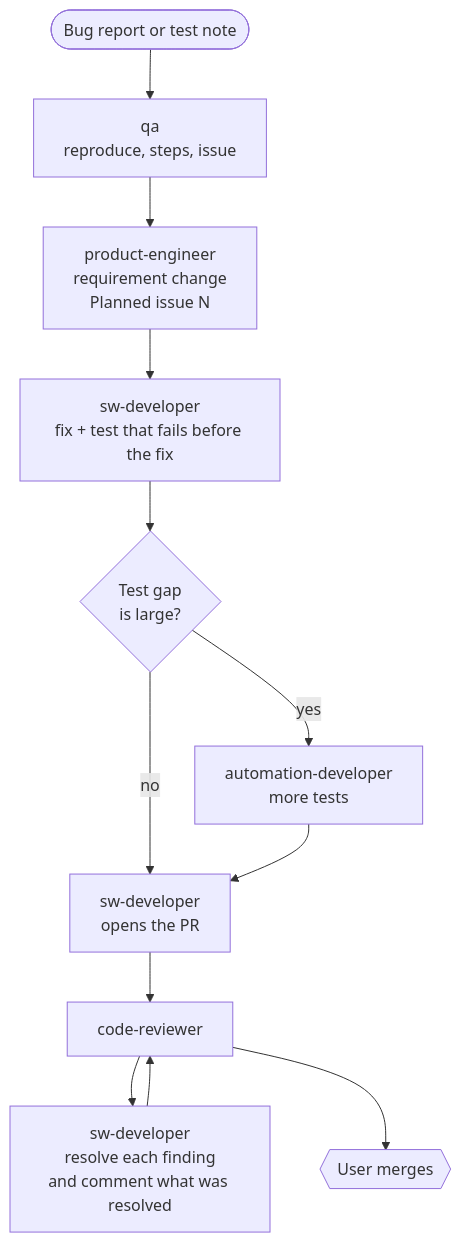
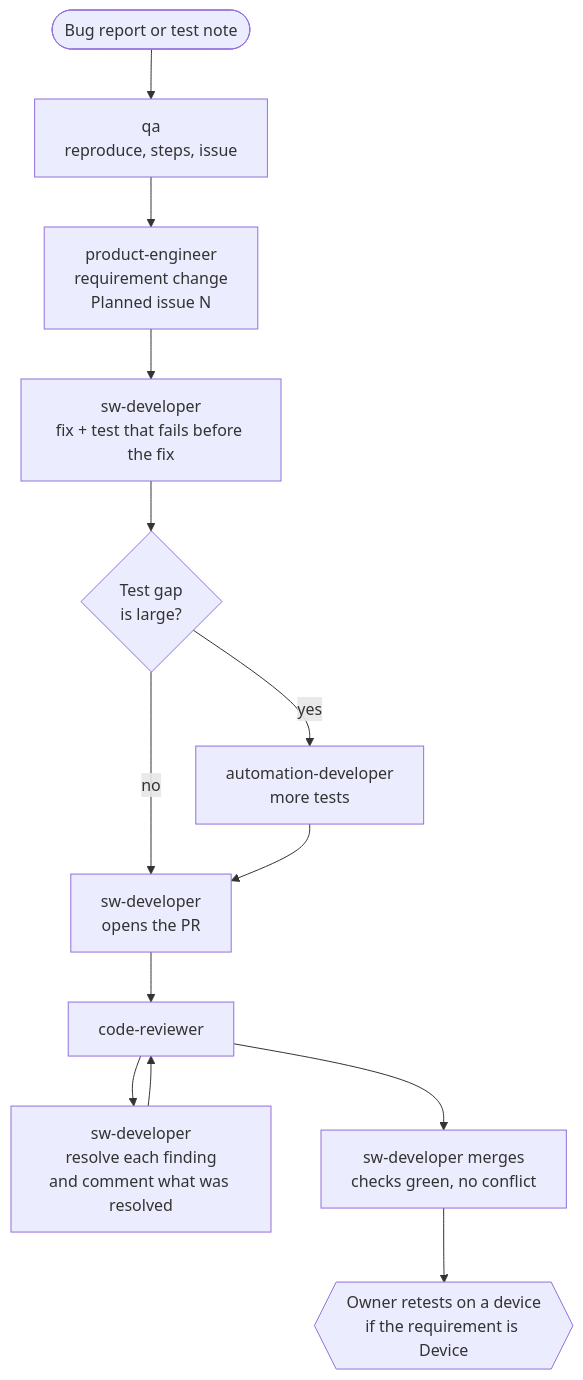
One commit to alonzo86/remote-play changed the second of 8 diagrams in docs/AGENTS.md. Above: the diagram before and after it, drawn with Mermaid. The commit also changed other lines of this file, not shown here.

First line of the commit message:
Agent diagrams follow the new review and merge rules (license-reviewer, tiebreaker, auto merge)

````diff
--- a/docs/AGENTS.md
+++ b/docs/AGENTS.md
@@ -47,14 +53,15 @@
 ```mermaid
 flowchart TD
     U0([Bug report or test note]) --> QA[qa<br/>reproduce, steps, issue]
     QA --> PE[product-engineer<br/>requirement change<br/>Planned issue N]
     PE --> DEV[sw-developer<br/>fix + test that fails before the fix]
     DEV --> GAP{Test gap<br/>is large?}
     GAP -- yes --> AUTO[automation-developer<br/>more tests]
     GAP -- no --> PR
     AUTO --> PR[sw-developer<br/>opens the PR]
     PR --> REV[code-reviewer]
     REV --> FIX[sw-developer<br/>resolve each finding<br/>and comment what was resolved]
     FIX --> REV
-    REV --> U1{{User merges}}
+    REV --> MRG[sw-developer merges<br/>checks green, no conflict]
+    MRG --> U1{{Owner retests on a device<br/>if the requirement is Device}}
 ```
````
